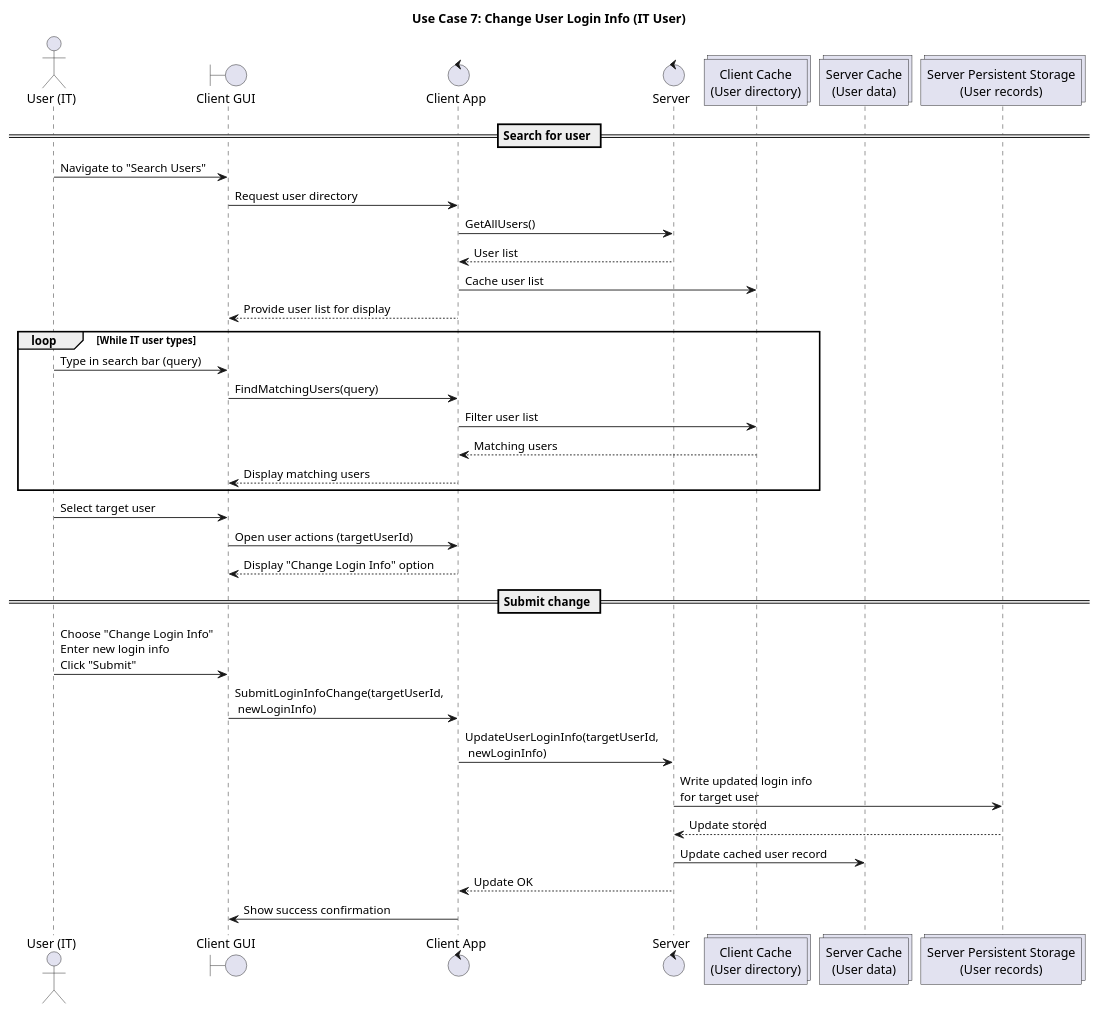
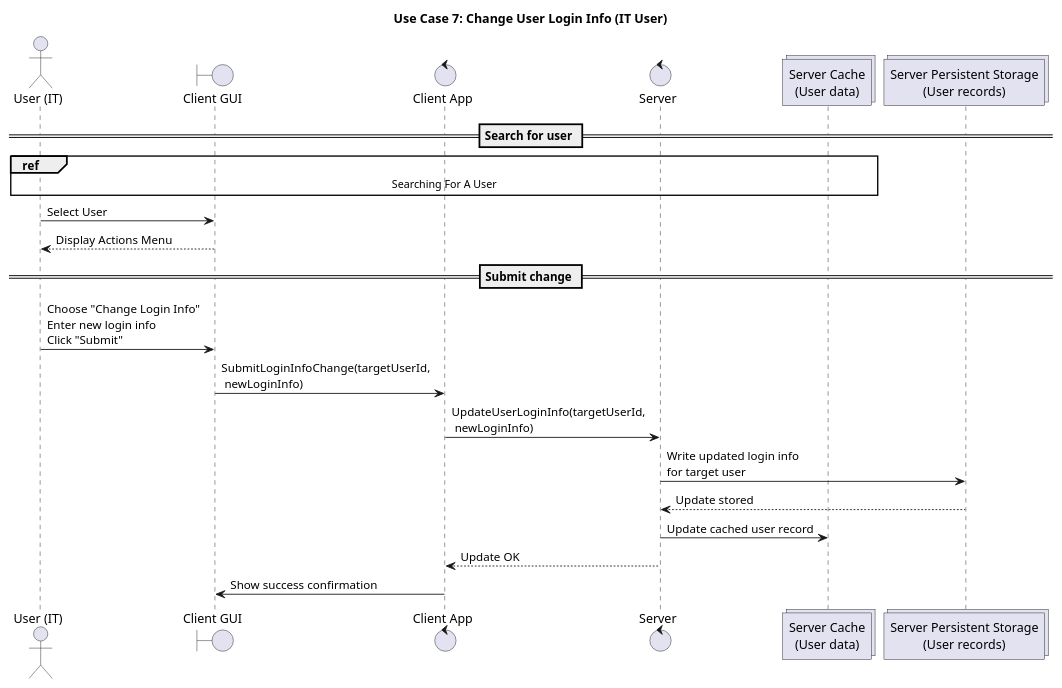
Before and after one commit to NubezVilla/CS_401_Group_1: the diagram in docs/diagrams/SequenceDiagrams/7-ChangeLoginInfo.puml, drawn with PlantUML.

```diff
--- a/docs/diagrams/SequenceDiagrams/7-ChangeLoginInfo.puml
+++ b/docs/diagrams/SequenceDiagrams/7-ChangeLoginInfo.puml
@@ -1,44 +1,27 @@
 @startuml
 title Use Case 7: Change User Login Info (IT User)
 
 actor ITUser as "User (IT)"
 boundary GUI as "Client GUI"
 control Client as "Client App"
 control Server as "Server"
-collections ClientCache as "Client Cache\n(User directory)"
 collections Cache as "Server Cache\n(User data)"
 collections Store as "Server Persistent Storage\n(User records)"
 
 == Search for user ==
-ITUser -> GUI: Navigate to "Search Users"
-GUI -> Client: Request user directory
-Client -> Server: GetAllUsers()
-Server --> Client: User list
-Client -> ClientCache: Cache user list
-Client --> GUI: Provide user list for display
-
-loop While IT user types
-  ITUser -> GUI: Type in search bar (query)
-  GUI -> Client: FindMatchingUsers(query)
-  Client -> ClientCache: Filter user list
-  ClientCache --> Client: Matching users
-  Client --> GUI: Display matching users
-end
-
-ITUser -> GUI: Select target user
-GUI -> Client: Open user actions (targetUserId)
-Client --> GUI: Display "Change Login Info" option
-
+ref over ITUser, GUI, Client, Server, Cache: Searching For A User
+ITUser -> GUI: Select User 
+GUI --> ITUser: Display Actions Menu 
 == Submit change ==
 ITUser -> GUI: Choose "Change Login Info"\nEnter new login info\nClick "Submit"
 GUI -> Client: SubmitLoginInfoChange(targetUserId,\n newLoginInfo)
 
 Client -> Server: UpdateUserLoginInfo(targetUserId,\n newLoginInfo)
 
 
 Server -> Store: Write updated login info\nfor target user
 Store --> Server: Update stored
 Server -> Cache: Update cached user record
 Server --> Client: Update OK
 Client -> GUI: Show success confirmation
 @enduml
```
